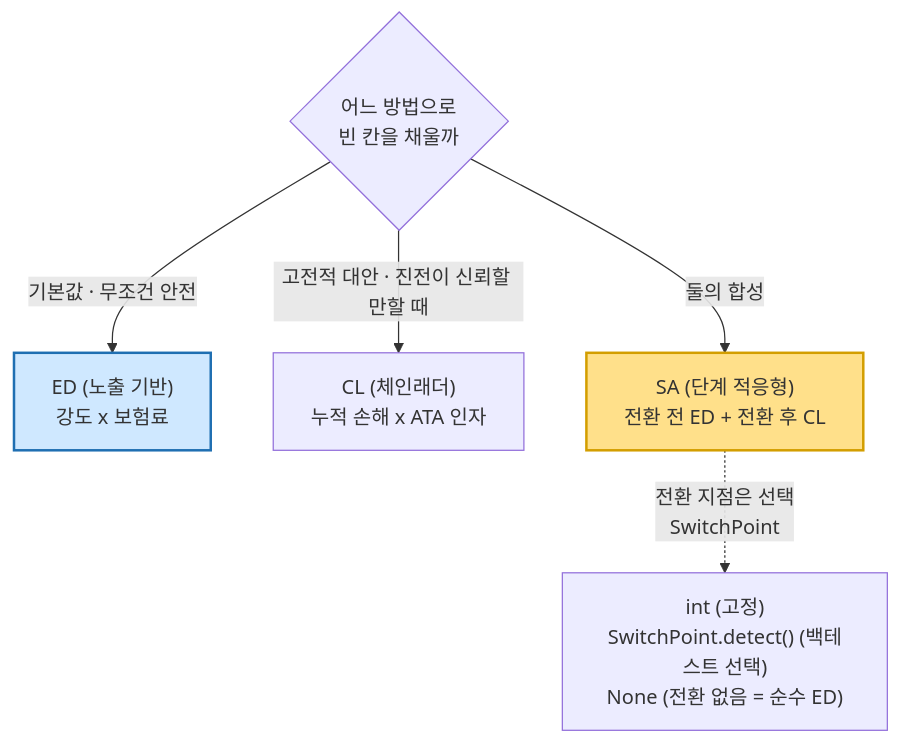
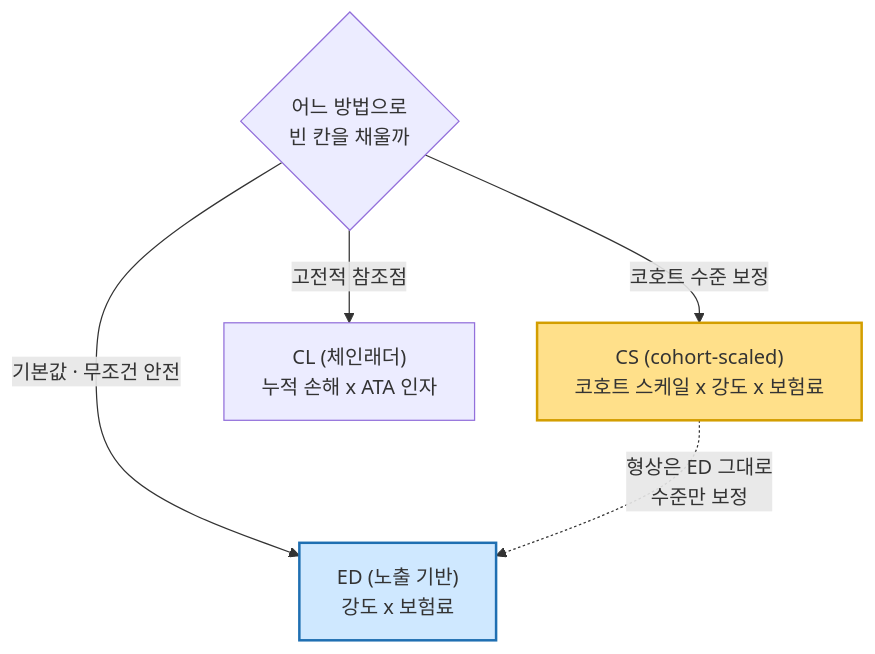
The diagram in docs/tutorial/04-projection.md (seokhoonj/lossratio), drawn with Mermaid before and after one commit. The commit also changed other lines of this file and 10 other files, not shown here.

````diff
--- a/docs/tutorial/04-projection.md
+++ b/docs/tutorial/04-projection.md
@@ -28,10 +30,10 @@
 ```{mermaid}
 flowchart TD
   Q{"어느 방법으로<br/>빈 칸을 채울까"}
   Q -->|"기본값 · 무조건 안전"| ED["ED (노출 기반)<br/>강도 x 보험료"]
-  Q -->|"고전적 대안 · 진전이 신뢰할 만할 때"| CL["CL (체인래더)<br/>누적 손해 x ATA 인자"]
-  Q -->|"둘의 합성"| SA["SA (단계 적응형)<br/>전환 전 ED + 전환 후 CL"]
-  SA -.->|"전환 지점은 선택<br/>SwitchPoint"| SP["int (고정)<br/>SwitchPoint.detect() (백테스트 선택)<br/>None (전환 없음 = 순수 ED)"]
+  Q -->|"코호트 수준 보정"| CS["CS (cohort-scaled)<br/>코호트 스케일 x 강도 x 보험료"]
+  Q -->|"고전적 참조점"| CL["CL (체인래더)<br/>누적 손해 x ATA 인자"]
+  CS -.->|"형상은 ED 그대로<br/>수준만 보정"| ED
   style ED fill:#cfe8ff,stroke:#1f6fb2,stroke-width:2px
-  style SA fill:#ffe08a,stroke:#d39e00,stroke-width:2px
+  style CS fill:#ffe08a,stroke:#d39e00,stroke-width:2px
 ```
````
